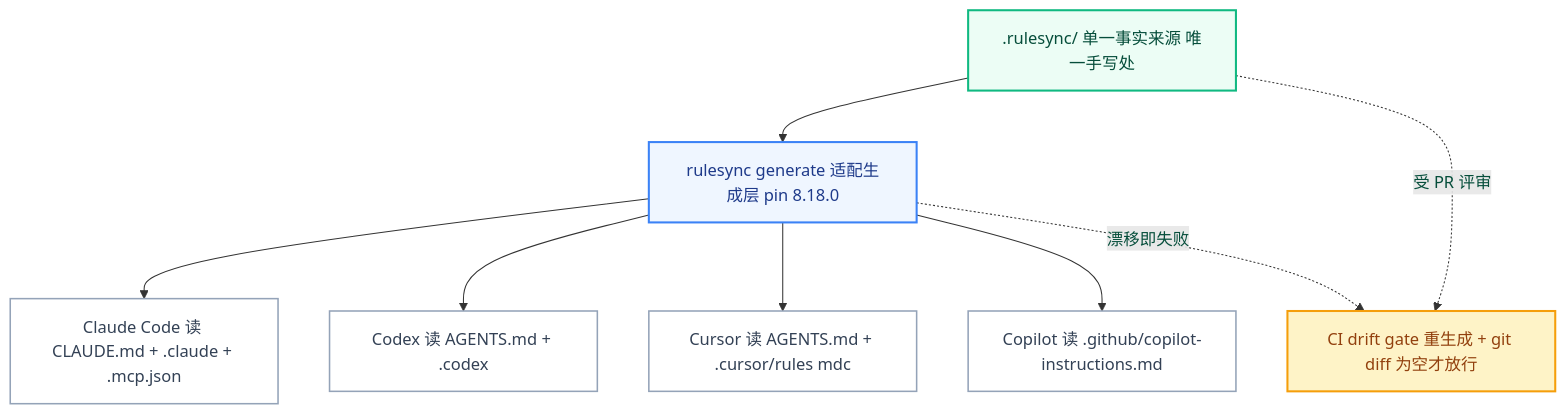
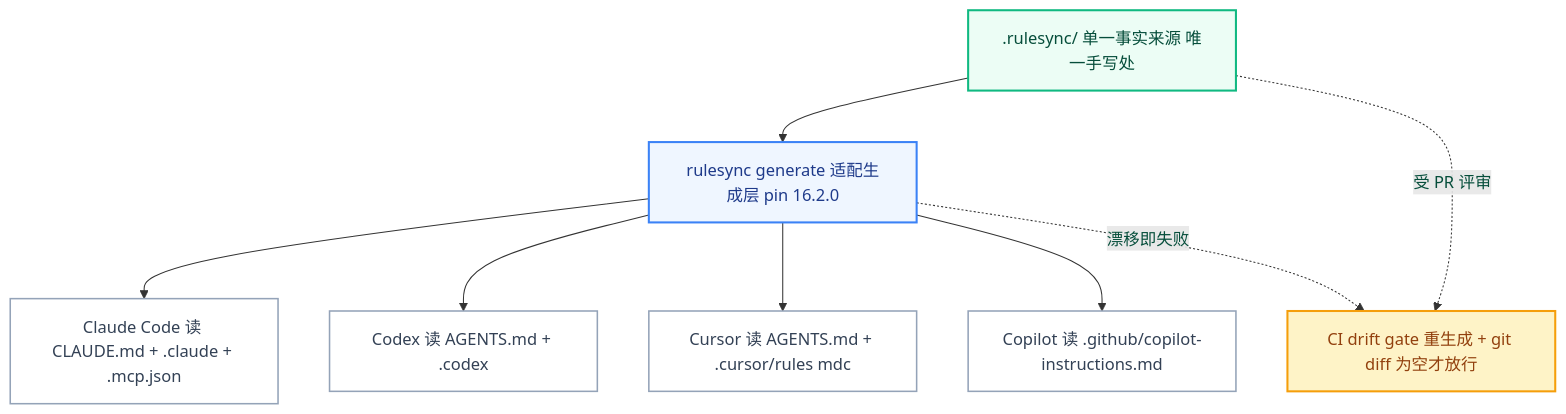
The diagram in docs/使用文档.md (Albertsun6/AICAP), drawn with Mermaid before and after one commit. The commit also changed other lines of this file and 344 other files, not shown here.

````diff
--- a/docs/使用文档.md
+++ b/docs/使用文档.md
@@ -36,25 +36,25 @@
 ```mermaid
 flowchart TD
     SSOT[".rulesync/ 单一事实来源 唯一手写处"]
-    GEN["rulesync generate 适配生成层 pin 8.18.0"]
+    GEN["rulesync generate 适配生成层 pin 16.2.0"]
     CC["Claude Code 读 CLAUDE.md + .claude + .mcp.json"]
     CX["Codex 读 AGENTS.md + .codex"]
     CU["Cursor 读 AGENTS.md + .cursor/rules mdc"]
     GH["Copilot 读 .github/copilot-instructions.md"]
     CI["CI drift gate 重生成 + git diff 为空才放行"]
     SSOT --> GEN
     GEN --> CC
     GEN --> CX
     GEN --> CU
     GEN --> GH
     SSOT -.受 PR 评审.-> CI
     GEN -.漂移即失败.-> CI
     classDef root fill:#ecfdf5,stroke:#10b981,stroke-width:2px,color:#064e3b
     classDef gen fill:#eff6ff,stroke:#3b82f6,stroke-width:2px,color:#1e3a8a
     classDef out fill:#ffffff,stroke:#94a3b8,stroke-width:1.5px,color:#334155
     classDef gov fill:#fef3c7,stroke:#f59e0b,stroke-width:2px,color:#92400e
     class SSOT root
     class GEN gen
     class CC,CX,CU,GH out
     class CI gov
 ```
````
